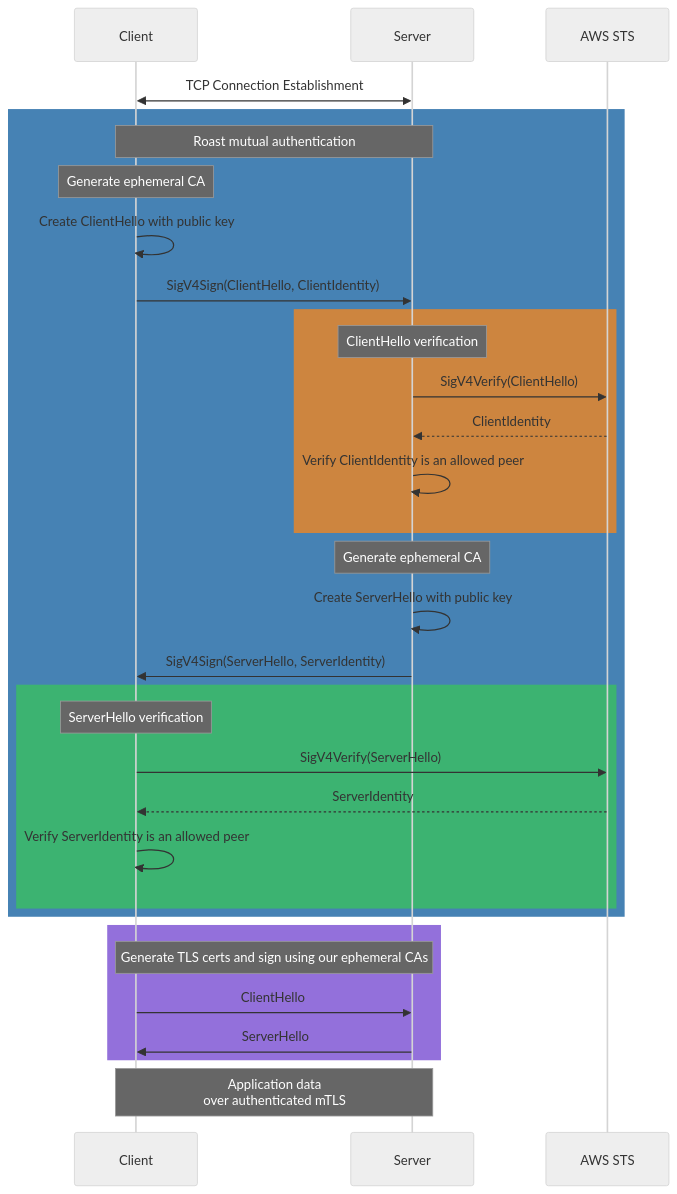
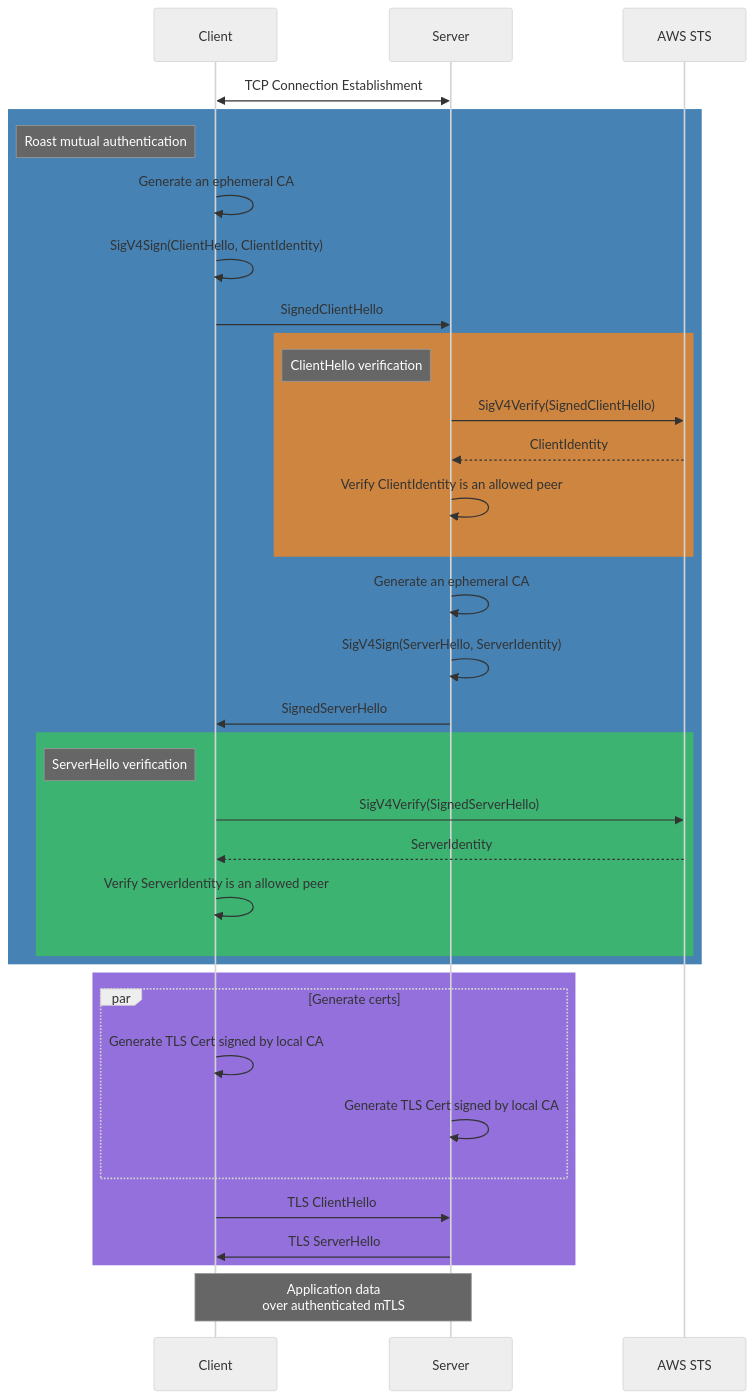
One commit to thomasdesr/roast changed the second of 2 diagrams in docs/protocol.md. Above: the diagram before and after it, drawn with Mermaid (neutral theme). The commit also changed other lines of this file, not shown here.

Commit message:
The tweaks are never done

````diff
--- a/docs/protocol.md
+++ b/docs/protocol.md
@@ -92,42 +90,45 @@
 ```mermaid
 sequenceDiagram
     participant C as Client  
     participant S as Server
     participant AWS as AWS STS
 
     C<<->>S: TCP Connection Establishment
 
     rect rgb(70, 130, 180)
-        Note over C,S: Roast mutual authentication
+        Note left of C: Roast mutual authentication
         
-        Note over C: Generate ephemeral CA
-        C->>C: Create ClientHello with public key
-        C->>S: SigV4Sign(ClientHello, ClientIdentity)
+        C->>C: Generate an ephemeral CA
+        C->>C: SigV4Sign(ClientHello, ClientIdentity)
+        C->>S: SignedClientHello
         
         rect rgb(205, 133, 63)
-            Note over S: ClientHello verification
-            S->>AWS: SigV4Verify(ClientHello)
+            Note left of S: ClientHello verification
+            S->>AWS: SigV4Verify(SignedClientHello)
             AWS-->>S: ClientIdentity
             S->>S: Verify ClientIdentity is an allowed peer
         end
         
-        Note over S: Generate ephemeral CA
-        S->>S: Create ServerHello with public key
-        S->>C: SigV4Sign(ServerHello, ServerIdentity)
+        S->>S: Generate an ephemeral CA
+        S->>S: SigV4Sign(ServerHello, ServerIdentity)
+        S->>C: SignedServerHello
         
         rect rgb(60, 179, 113)
-            Note over C: ServerHello verification
-            C->>AWS: SigV4Verify(ServerHello)
+            Note left of C: ServerHello verification
+            C->>AWS: SigV4Verify(SignedServerHello)
             AWS-->>C: ServerIdentity
             C->>C: Verify ServerIdentity is an allowed peer
         end
     end
 
     rect rgb(147, 112, 219)
-        Note over C,S: Generate TLS certs and sign using our ephemeral CAs
-        C->>S: ClientHello
-        S->>C: ServerHello
+        par Generate certs
+            C->>C: Generate TLS Cert signed by local CA
+            S->>S: Generate TLS Cert signed by local CA
+        end
+        C->>S: TLS ClientHello
+        S->>C: TLS ServerHello
     end
 
     Note over C,S: Application data<br/>over authenticated mTLS
 ```
````
